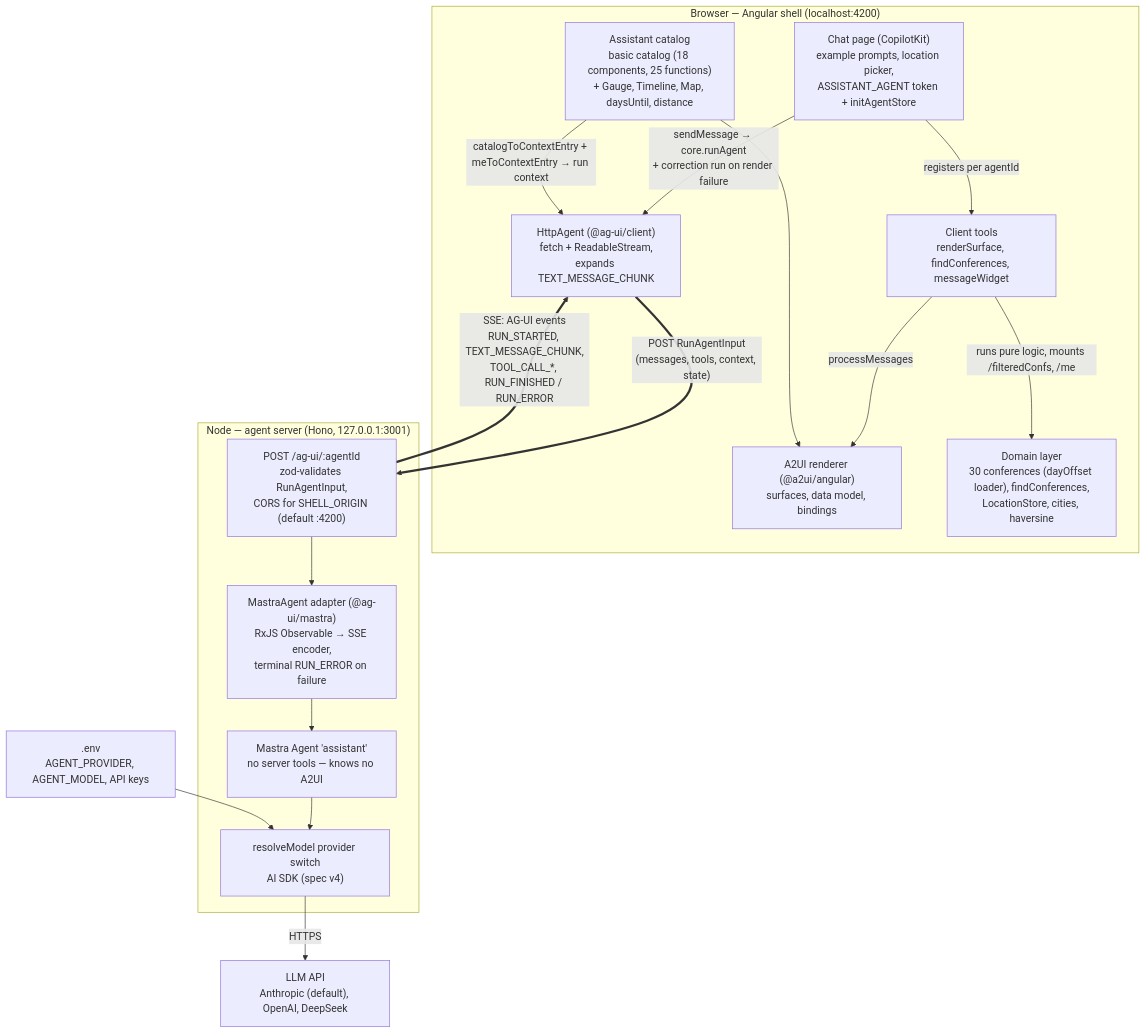
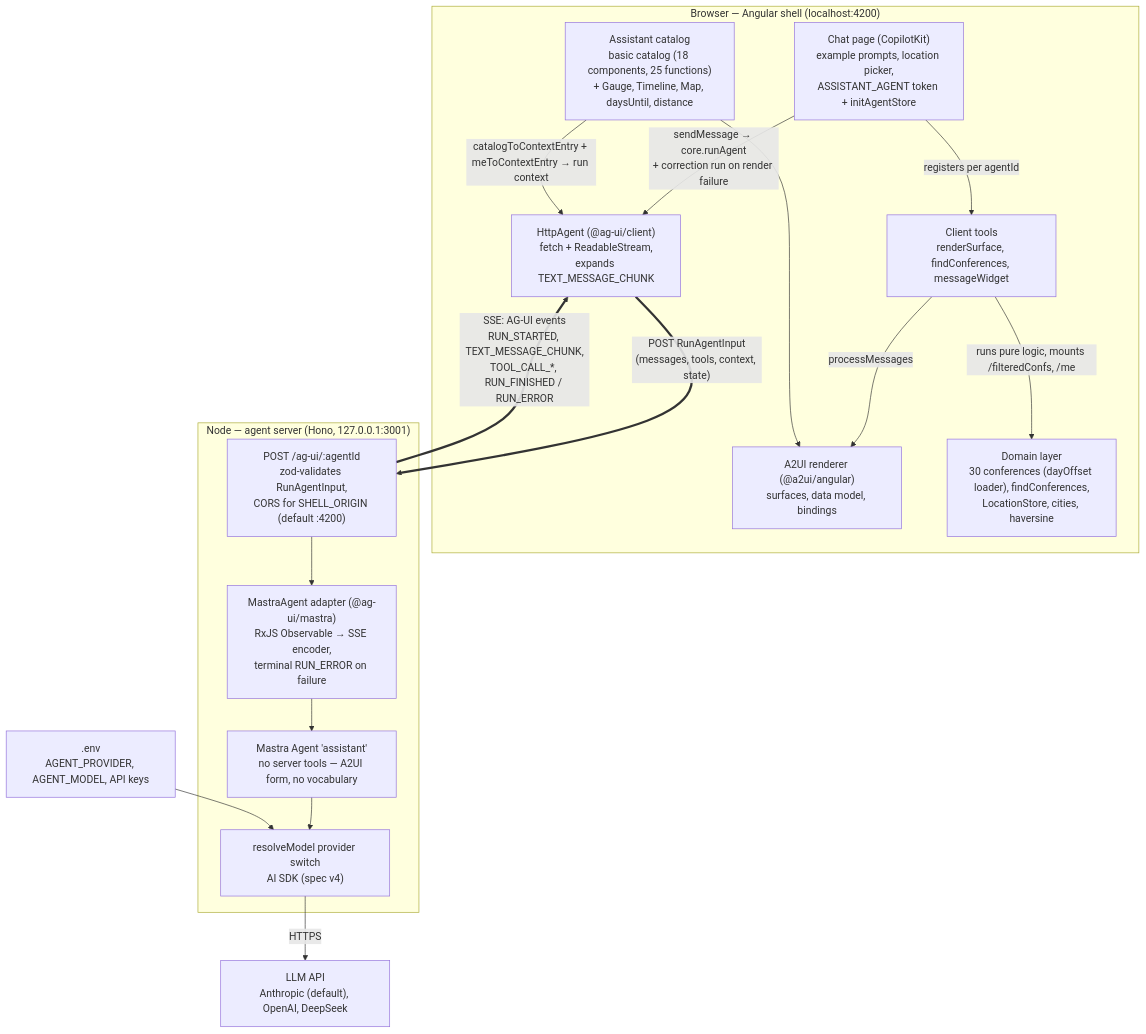
The first of 3 diagrams in docs/architecture.md (lutzleonhardt/native-federation-a2ui), drawn with Mermaid before and after one commit. The commit also changed other lines of this file and 24 other files, not shown here.

````diff
--- a/docs/architecture.md
+++ b/docs/architecture.md
@@ -39,37 +39,37 @@
 ```mermaid
 flowchart TB
     subgraph shell["Browser — Angular shell (localhost:4200)"]
         chat["Chat page (CopilotKit)<br/>example prompts, location picker,<br/>ASSISTANT_AGENT token + initAgentStore"]
         tools["Client tools<br/>renderSurface, findConferences, messageWidget"]
         httpAgent["HttpAgent (@ag-ui/client)<br/>fetch + ReadableStream,<br/>expands TEXT_MESSAGE_CHUNK"]
         renderer["A2UI renderer (@a2ui/angular)<br/>surfaces, data model, bindings"]
         catalog["Assistant catalog<br/>basic catalog (18 components, 25 functions)<br/>+ Gauge, Timeline, Map, daysUntil, distance"]
         domain["Domain layer<br/>30 conferences (dayOffset loader), findConferences,<br/>LocationStore, cities, haversine"]
     end
 
     subgraph agent["Node — agent server (Hono, 127.0.0.1:3001)"]
         route["POST /ag-ui/:agentId<br/>zod-validates RunAgentInput,<br/>CORS for SHELL_ORIGIN (default :4200)"]
         adapter["MastraAgent adapter (@ag-ui/mastra)<br/>RxJS Observable → SSE encoder,<br/>terminal RUN_ERROR on failure"]
-        assistant["Mastra Agent 'assistant'<br/>no server tools — knows no A2UI"]
+        assistant["Mastra Agent 'assistant'<br/>no server tools — A2UI form, no vocabulary"]
         model["resolveModel provider switch<br/>AI SDK (spec v4)"]
     end
 
     llm["LLM API<br/>Anthropic (default), OpenAI, DeepSeek"]
     env[".env<br/>AGENT_PROVIDER, AGENT_MODEL, API keys"]
 
     chat -->|"sendMessage → core.runAgent<br/>+ correction run on render failure"| httpAgent
     chat -->|"registers per agentId"| tools
     tools -->|"processMessages"| renderer
     tools -->|"runs pure logic, mounts /filteredConfs, /me"| domain
     catalog --> renderer
     catalog -->|"catalogToContextEntry + meToContextEntry → run context"| httpAgent
 
     httpAgent == "POST RunAgentInput<br/>(messages, tools, context, state)" ==> route
     route == "SSE: AG-UI events<br/>RUN_STARTED, TEXT_MESSAGE_CHUNK,<br/>TOOL_CALL_*, RUN_FINISHED / RUN_ERROR" ==> httpAgent
 
     route --> adapter
     adapter --> assistant
     assistant --> model
     model -- "HTTPS" --> llm
     env --> model
 ```
````
